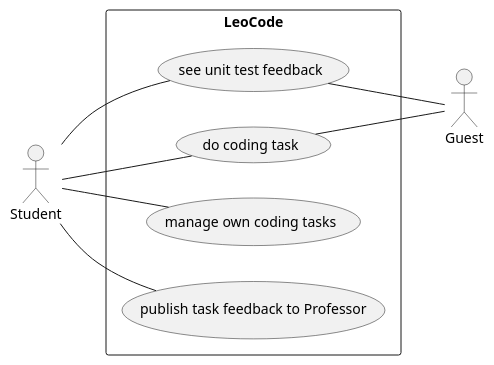
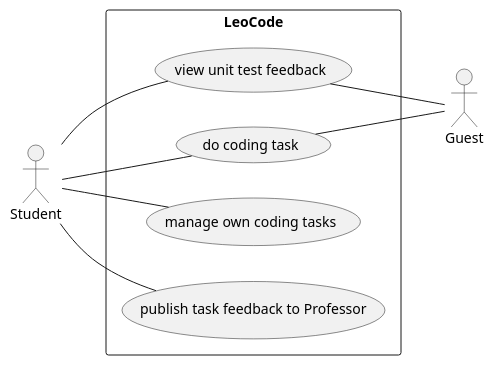
One commit to htl-leonding-project/leo-code changed the second of 3 diagrams in asciidocs/system-specification.adoc. Above: the diagram before and after it, drawn with PlantUML. The commit also changed other lines of this file, not shown here.

Commit message:
Corrected Use-Case Diagramm #15

```diff
--- a/asciidocs/system-specification.adoc
+++ b/asciidocs/system-specification.adoc
@@ -74,23 +74,23 @@
 [plantuml]
 ----
 
 @startuml
 
 left to right direction
 :Student:
 :Guest:
 rectangle LeoCode{
 
 
 Guest -up- (do coding task)
-Guest -up- (see unit test feedback)
+Guest -up- (view unit test feedback)
 
 Student -- (manage own coding tasks)
 Student -- (do coding task)
-Student -- (see unit test feedback)
+Student -- (view unit test feedback)
 Student -- (publish task feedback to Professor)
 
 }
 
 @enduml
 ----
```
